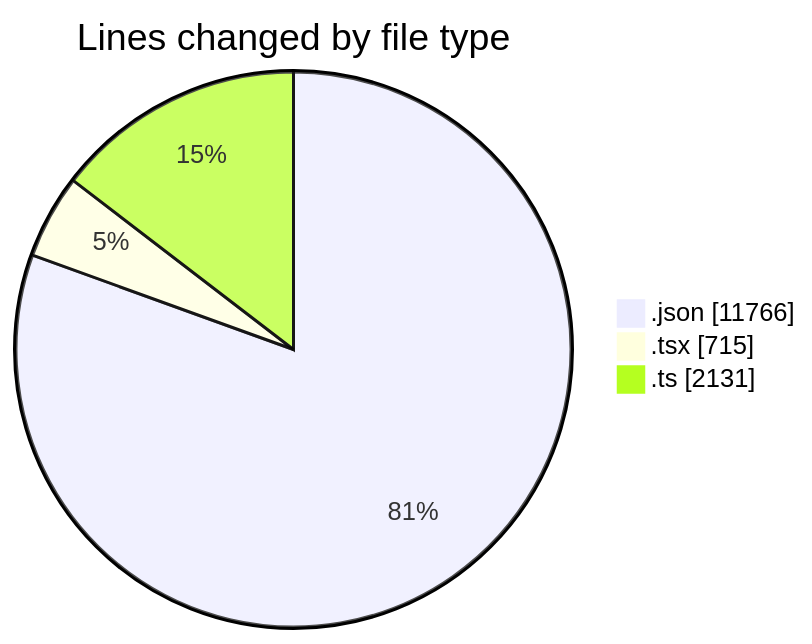
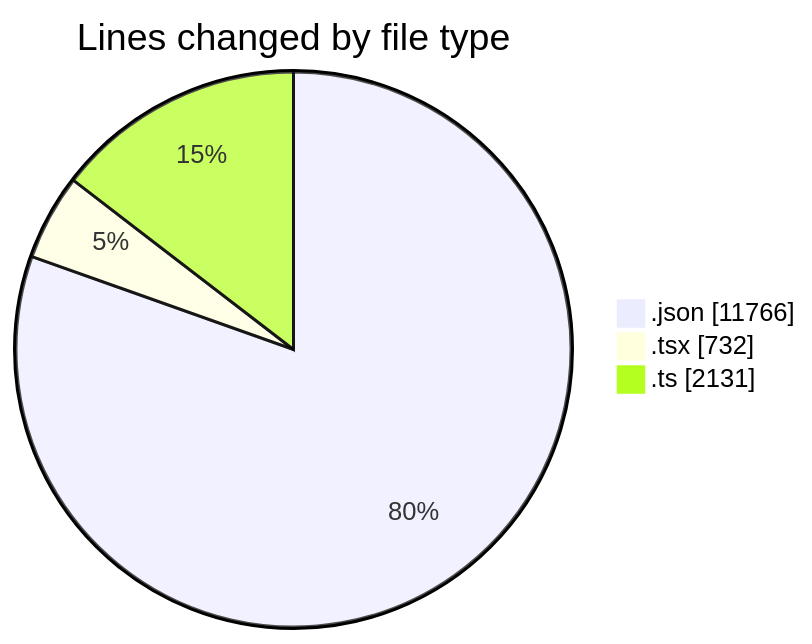
One commit to nxtqubesakshisongat/code-tracking changed the first of 2 diagrams in 2026-04-16/airfeed-analytics-dashboard/README.md. Above: the diagram before and after it, drawn with Mermaid. The commit also changed other lines of this file and 1 other file, not shown here.

````diff
--- a/2026-04-16/airfeed-analytics-dashboard/README.md
+++ b/2026-04-16/airfeed-analytics-dashboard/README.md
@@ -31,7 +31,7 @@
 ```mermaid
 pie showData
 title Lines changed by file type
 ".json" : 11766
-".tsx" : 715
+".tsx" : 732
 ".ts" : 2131
 ```
````
